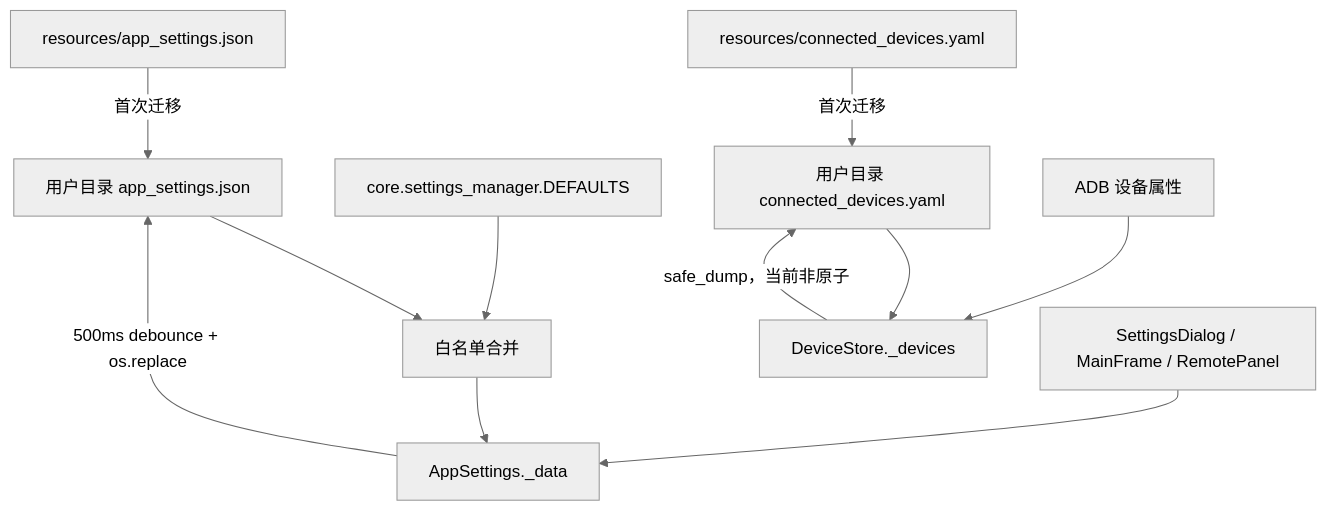
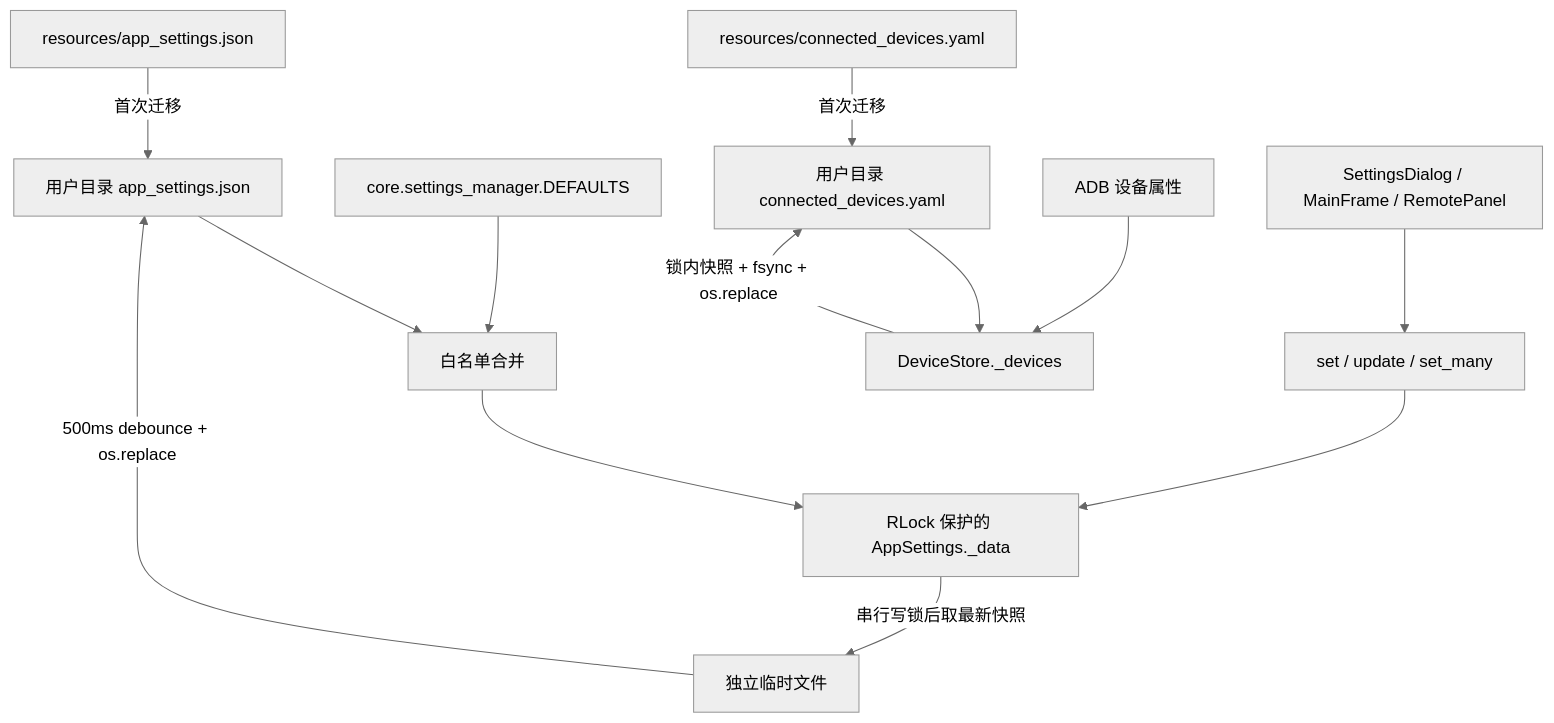
One commit to BlackHu-art/ADBLab changed the third of 6 diagrams in docs/project-knowledge/DATA_FLOW.md. Above: the diagram before and after it, drawn with Mermaid (neutral theme). The commit also changed other lines of this file and 41 other files, not shown here.

````diff
--- a/docs/project-knowledge/DATA_FLOW.md
+++ b/docs/project-knowledge/DATA_FLOW.md
@@ -73,14 +75,16 @@
 ```mermaid
 flowchart TD
     LegacySettings["resources/app_settings.json"] -->|"首次迁移"| UserSettings["用户目录 app_settings.json"]
     Defaults["core.settings_manager.DEFAULTS"] --> Merge["白名单合并"]
     UserSettings --> Merge
-    UISettings["SettingsDialog / MainFrame / RemotePanel"] --> Memory["AppSettings._data"]
+    UISettings["SettingsDialog / MainFrame / RemotePanel"] --> Batch["set / update / set_many"]
+    Batch --> Memory["RLock 保护的 AppSettings._data"]
     Merge --> Memory
-    Memory -->|"500ms debounce + os.replace"| UserSettings
+    Memory -->|"串行写锁后取最新快照"| Snapshot["独立临时文件"]
+    Snapshot -->|"500ms debounce + os.replace"| UserSettings
 
     LegacyDevices["resources/connected_devices.yaml"] -->|"首次迁移"| UserDevices["用户目录 connected_devices.yaml"]
     ADBInfo["ADB 设备属性"] --> DeviceDict["DeviceStore._devices"]
     UserDevices --> DeviceDict
-    DeviceDict -->|"safe_dump，当前非原子"| UserDevices
+    DeviceDict -->|"锁内快照 + fsync + os.replace"| UserDevices
 ```
````
